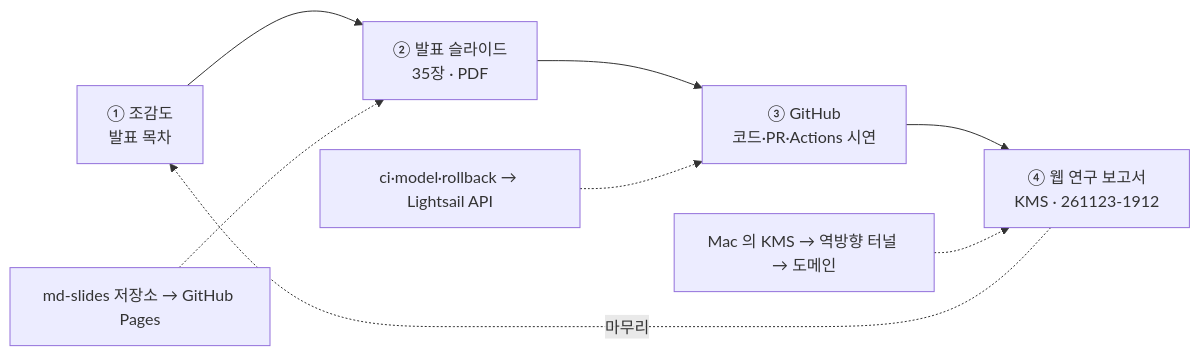
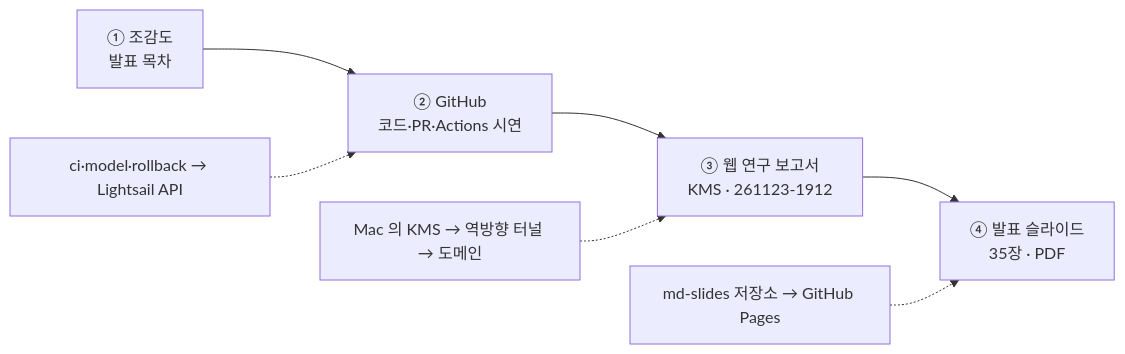
One commit to metahomo/miniproject5_kms changed the first of 2 diagrams in reports/birdseye-update.md. Above: the diagram before and after it, drawn with Mermaid. The commit also changed other lines of this file and 1 other file, not shown here.

Commit message:
조감도 첫머리: 발표 연결 순서를 조감도→GitHub→웹 연구 보고서→발표 슬라이드(마지막)로

````diff
--- a/reports/birdseye-update.md
+++ b/reports/birdseye-update.md
@@ -17,8 +17,7 @@
 ```mermaid
 flowchart LR
-  A["① 조감도<br/>발표 목차"] --> B["② 발표 슬라이드<br/>35장 · PDF"] --> C["③ GitHub<br/>코드·PR·Actions 시연"] --> D["④ 웹 연구 보고서<br/>KMS · 261123-1912"]
-  D -. 마무리 .-> A
-  B1["md-slides 저장소 → GitHub Pages"] -.-> B
+  A["① 조감도<br/>발표 목차"] --> C["② GitHub<br/>코드·PR·Actions 시연"] --> D["③ 웹 연구 보고서<br/>KMS · 261123-1912"] --> B["④ 발표 슬라이드<br/>35장 · PDF"]
   C1["ci·model·rollback → Lightsail API"] -.-> C
   D1["Mac 의 KMS → 역방향 터널 → 도메인"] -.-> D
+  B1["md-slides 저장소 → GitHub Pages"] -.-> B
 ```
````
